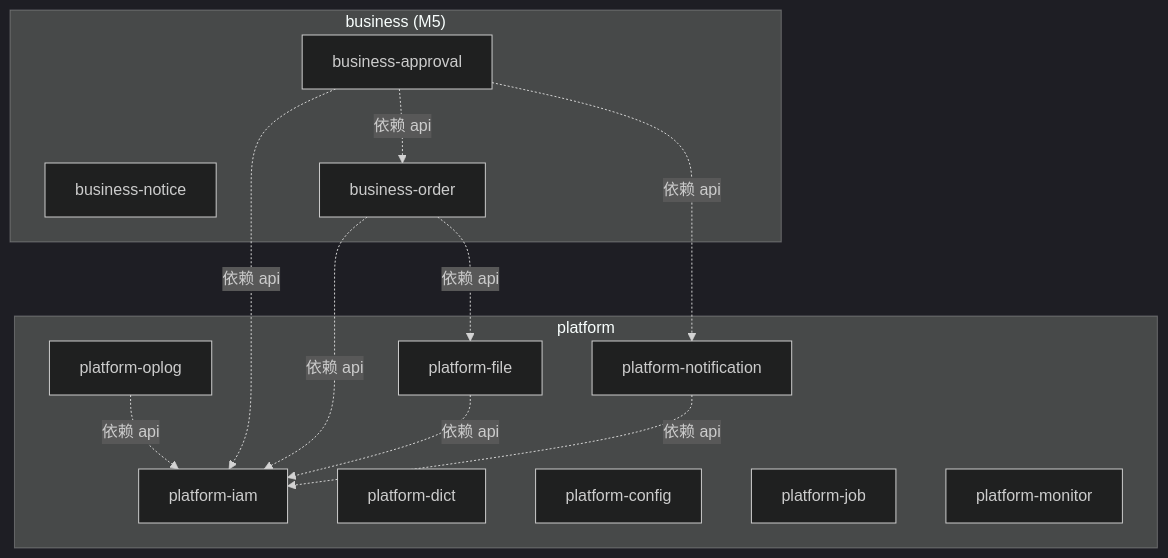
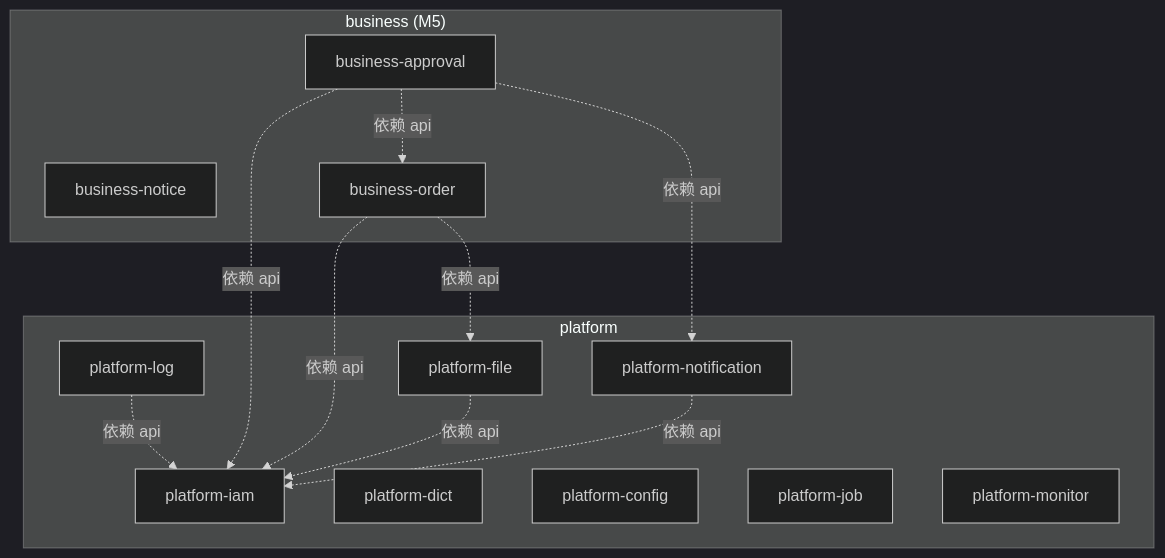
The diagram in docs/specs/backend/01-module-structure.md (xykjlcx/meta-build), drawn with Mermaid (dark theme) before and after one commit. The commit also changed other lines of this file and 11 other files, not shown here.

````diff
--- a/docs/specs/backend/01-module-structure.md
+++ b/docs/specs/backend/01-module-structure.md
@@ -354,28 +354,28 @@
 ```mermaid
 graph TB
     subgraph "platform"
         iam[platform-iam]
-        audit[platform-oplog]
+        audit[platform-log]
         file[platform-file]
         notification[platform-notification]
         dict[platform-dict]
         config[platform-config]
         job[platform-job]
         monitor[platform-monitor]
     end
     
     subgraph "business (M5)"
         notice[business-notice]
         order[business-order]
         approval[business-approval]
     end
     
     audit -.依赖 api.-> iam
     file -.依赖 api.-> iam
     notification -.依赖 api.-> iam
     order -.依赖 api.-> iam
     order -.依赖 api.-> file
     approval -.依赖 api.-> iam
     approval -.依赖 api.-> order
     approval -.依赖 api.-> notification
 ```
````
